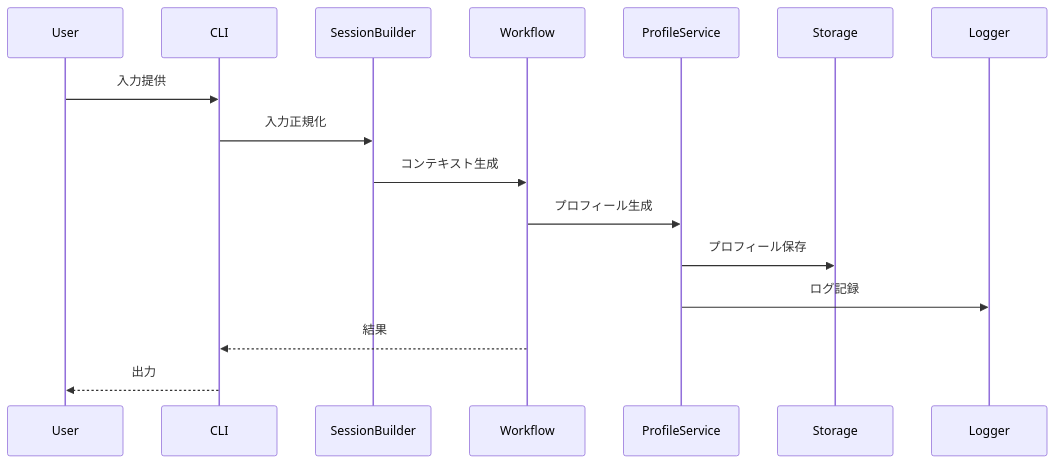
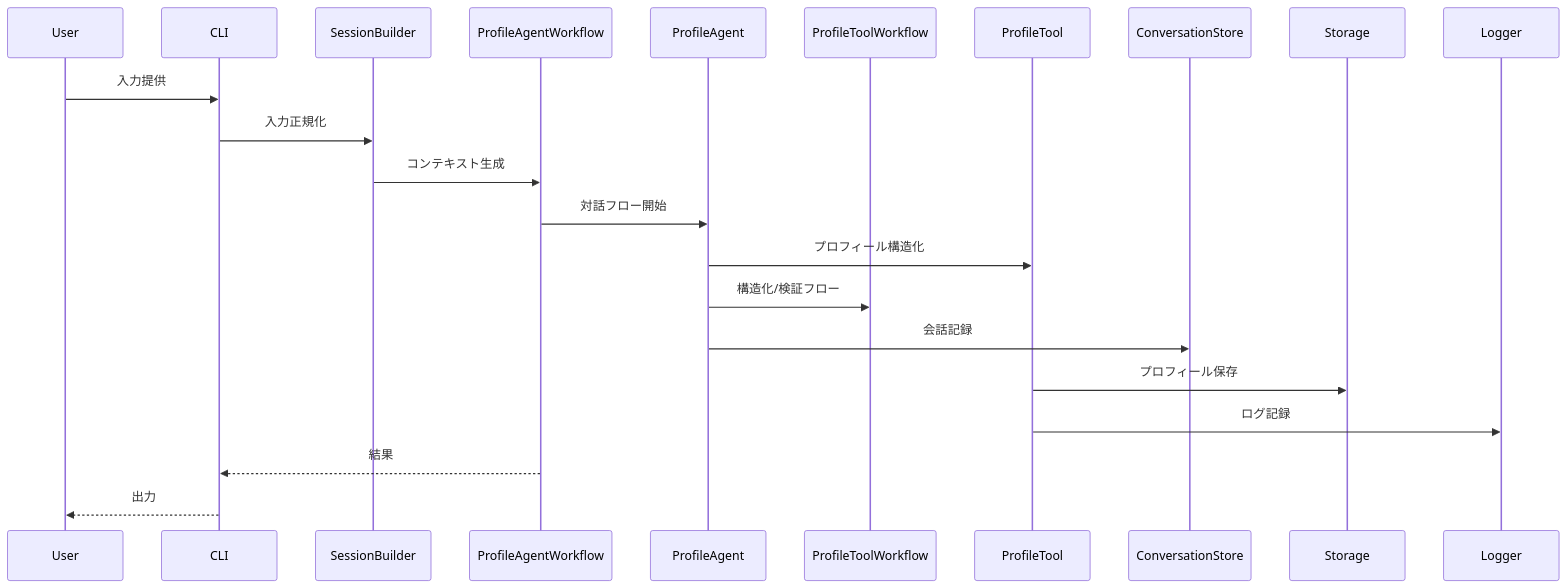
Before and after one commit to n4cl/career-agent: the second of 4 diagrams in .kiro/specs/agent-core/design.md, drawn with Mermaid. The commit also changed other lines of this file and 3 other files, not shown here.

````diff
--- a/.kiro/specs/agent-core/design.md
+++ b/.kiro/specs/agent-core/design.md
@@ -85,18 +89,24 @@
 ```mermaid
 sequenceDiagram
     participant User
     participant CLI
     participant SessionBuilder
-    participant Workflow
-    participant ProfileService
+    participant ProfileAgentWorkflow
+    participant ProfileAgent
+    participant ProfileToolWorkflow
+    participant ProfileTool
+    participant ConversationStore
     participant Storage
     participant Logger
     User->>CLI: 入力提供
     CLI->>SessionBuilder: 入力正規化
-    SessionBuilder->>Workflow: コンテキスト生成
-    Workflow->>ProfileService: プロフィール生成
-    ProfileService->>Storage: プロフィール保存
-    ProfileService->>Logger: ログ記録
-    Workflow-->>CLI: 結果
+    SessionBuilder->>ProfileAgentWorkflow: コンテキスト生成
+    ProfileAgentWorkflow->>ProfileAgent: 対話フロー開始
+    ProfileAgent->>ProfileTool: プロフィール構造化
+    ProfileAgent->>ProfileToolWorkflow: 構造化/検証フロー
+    ProfileAgent->>ConversationStore: 会話記録
+    ProfileTool->>Storage: プロフィール保存
+    ProfileTool->>Logger: ログ記録
+    ProfileAgentWorkflow-->>CLI: 結果
     CLI-->>User: 出力
 ```
````
